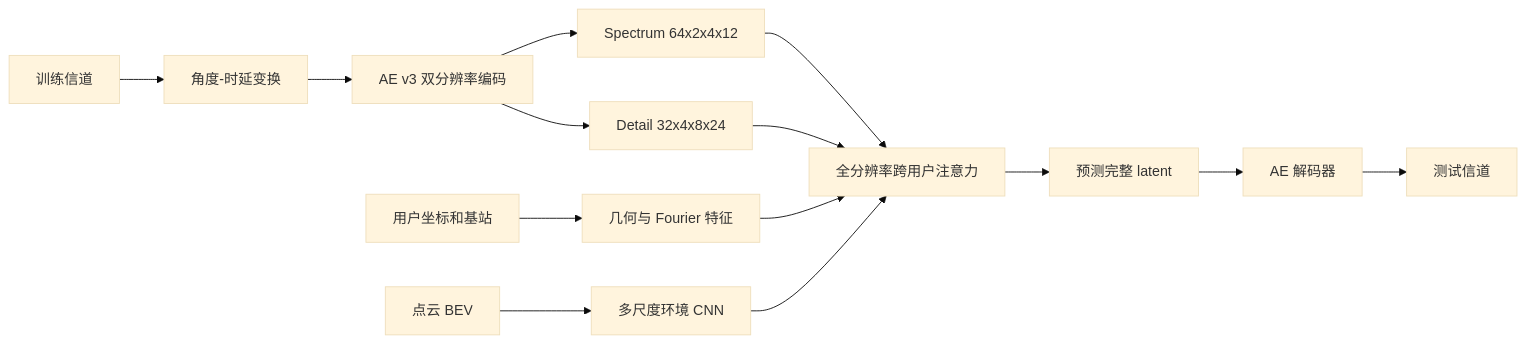
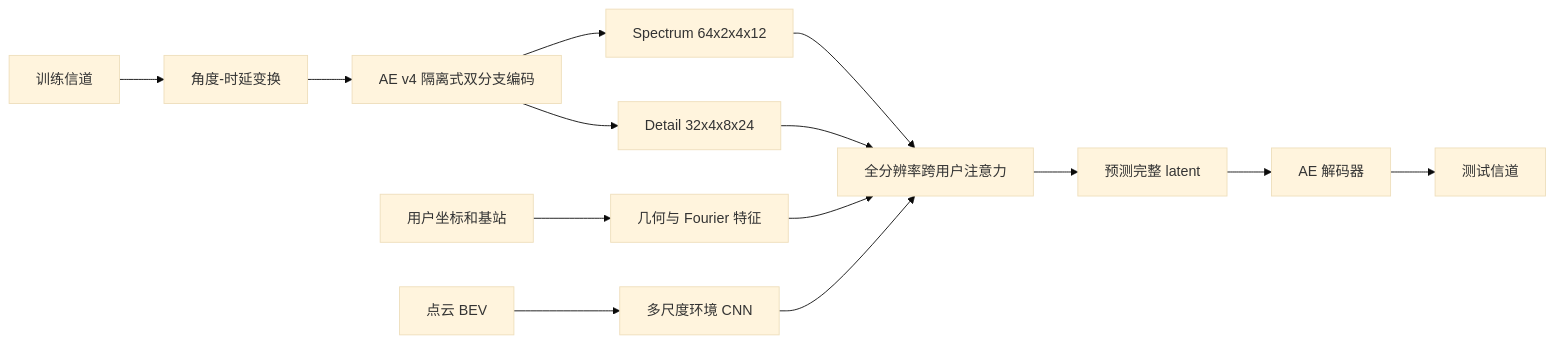
Before and after one commit to hututu1226/twotigers_digital_twins: the diagram in schemeC_full_resolution_context/docs/algorithm_design.md, drawn with Mermaid (base theme). The commit also changed other lines of this file and 28 other files, not shown here.

````diff
--- a/schemeC_full_resolution_context/docs/algorithm_design.md
+++ b/schemeC_full_resolution_context/docs/algorithm_design.md
@@ -29,16 +31,16 @@
 ```mermaid
 flowchart LR
     A["训练信道"] --> B["角度-时延变换"]
-    B --> C["AE v3 双分辨率编码"]
+    B --> C["AE v4 隔离式双分支编码"]
     C --> D["Spectrum 64x2x4x12"]
     C --> E["Detail 32x4x8x24"]
     F["用户坐标和基站"] --> G["几何与 Fourier 特征"]
     H["点云 BEV"] --> I["多尺度环境 CNN"]
     D --> J["全分辨率跨用户注意力"]
     E --> J
     G --> J
     I --> J
     J --> K["预测完整 latent"]
     K --> L["AE 解码器"]
     L --> M["测试信道"]
 ```
````
